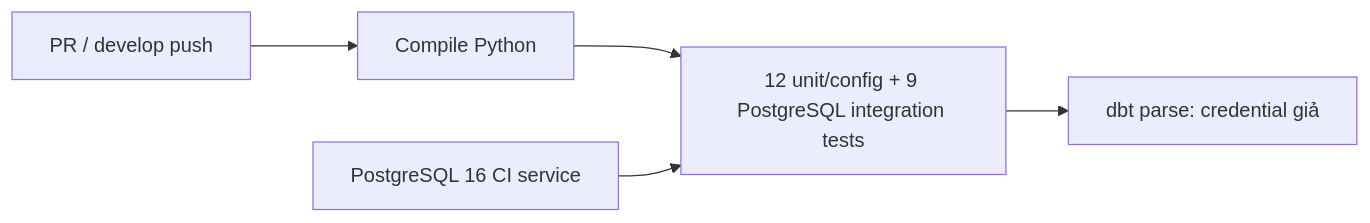
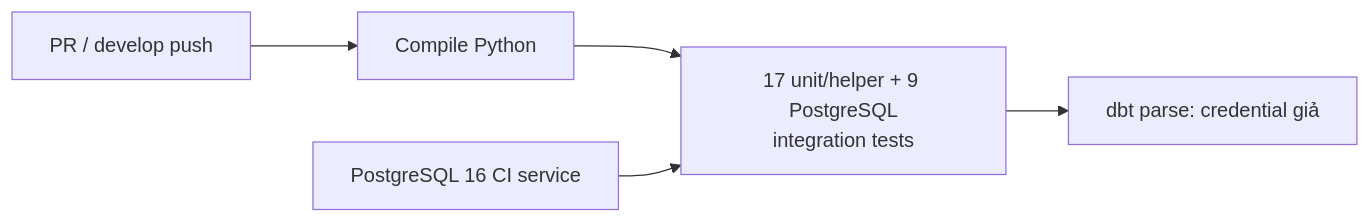
The third of 4 diagrams in SYSTEM_DESIGN_GUIDE.md (PhucTruong11/laplaptech_pipeline), drawn with Mermaid before and after one commit. The commit also changed other lines of this file and 60 other files, not shown here.

````diff
--- a/SYSTEM_DESIGN_GUIDE.md
+++ b/SYSTEM_DESIGN_GUIDE.md
@@ -125,7 +115,8 @@
 ```mermaid
+%%{init: {"flowchart": {"htmlLabels": false}}}%%
 flowchart LR
     PR["PR / develop push"] --> COMPILE["Compile Python"]
-    COMPILE --> TEST["12 unit/config + 9 PostgreSQL integration tests"]
+    COMPILE --> TEST["17 unit/helper + 9 PostgreSQL<br/>integration tests"]
     TEST --> PARSE["dbt parse: credential giả"]
     PG["PostgreSQL 16 CI service"] --> TEST
 ```
````
